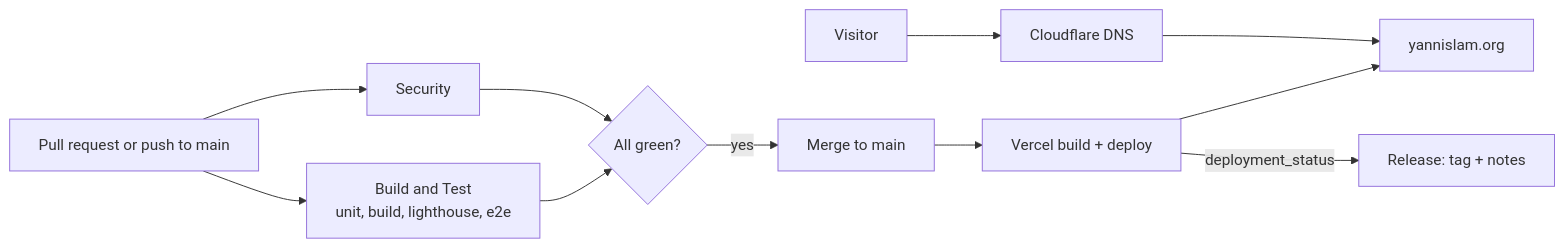
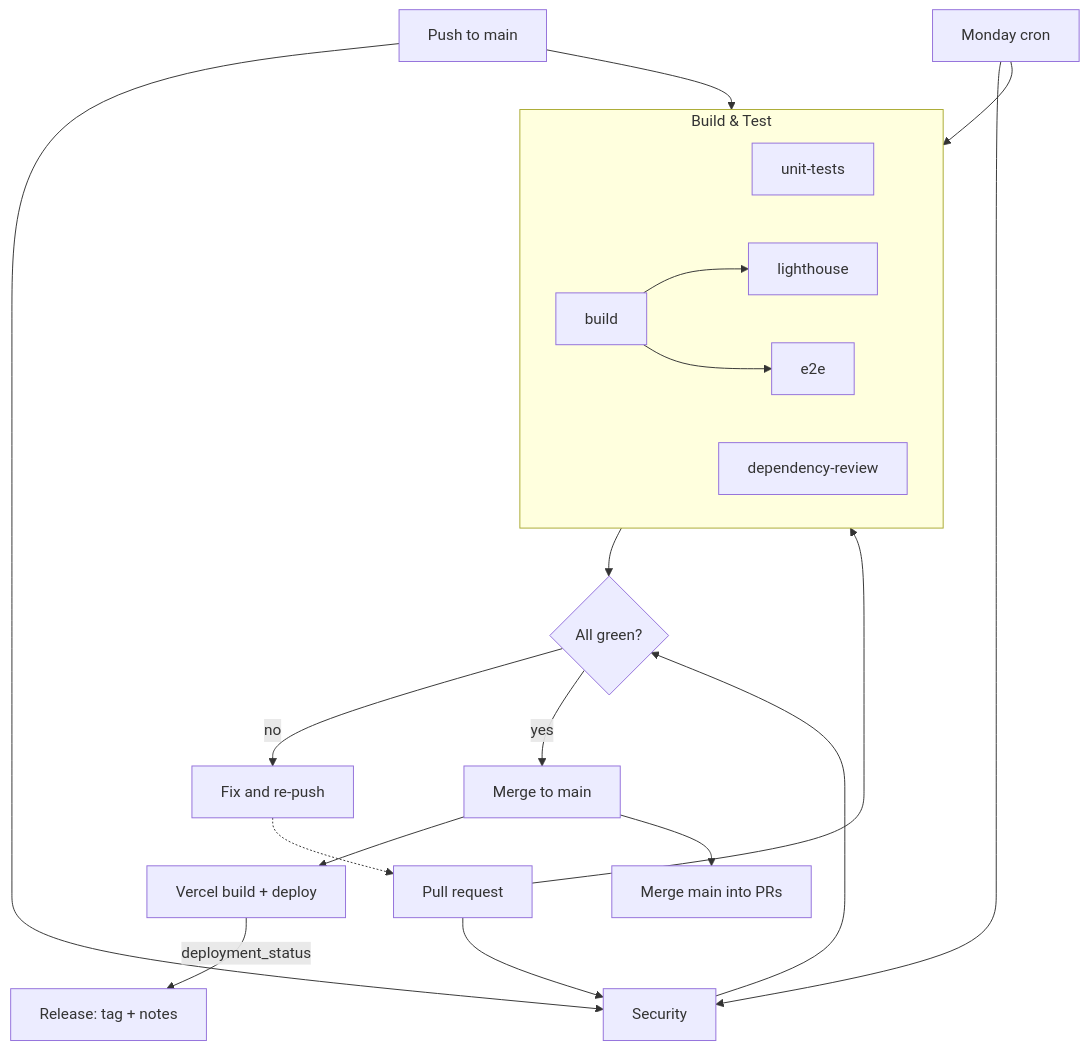
Before and after one commit to AardeYamz/v3.yannislam.org: the second of 3 diagrams in README.md, drawn with Mermaid. The commit also changed other lines of this file and 6 other files, not shown here.

````diff
--- a/README.md
+++ b/README.md
@@ -38,10 +194,24 @@
 ```mermaid
-flowchart LR
-    PR["Pull request or push to main"] --> CI["Build and Test<br/>unit, build, lighthouse, e2e"]
+flowchart TB
+    PR["Pull request"] --> CI
+    Push["Push to main"] --> CI
+    Cron["Monday cron"] --> CI
+    subgraph CI["Build & Test"]
+        Unit["unit-tests"]
+        Build["build"]
+        Lighthouse["lighthouse"]
+        E2E["e2e"]
+        DepReview["dependency-review"]
+        Build --> Lighthouse & E2E
+    end
     PR --> Sec["Security"]
+    Push --> Sec
+    Cron --> Sec
     CI & Sec --> Gate{"All green?"}
+    Gate -->|"no"| Fix["Fix and re-push"]
+    Fix -.-> PR
     Gate -->|"yes"| Merge["Merge to main"]
-    Merge --> Vercel["Vercel build + deploy"] --> Edge["yannislam.org"]
+    Merge --> Vercel["Vercel build + deploy"]
     Vercel -->|"deployment_status"| Release["Release: tag + notes"]
-    Visitor["Visitor"] --> CF["Cloudflare DNS"] --> Edge
+    Merge --> Sync["Merge main into PRs"]
 ```
````
